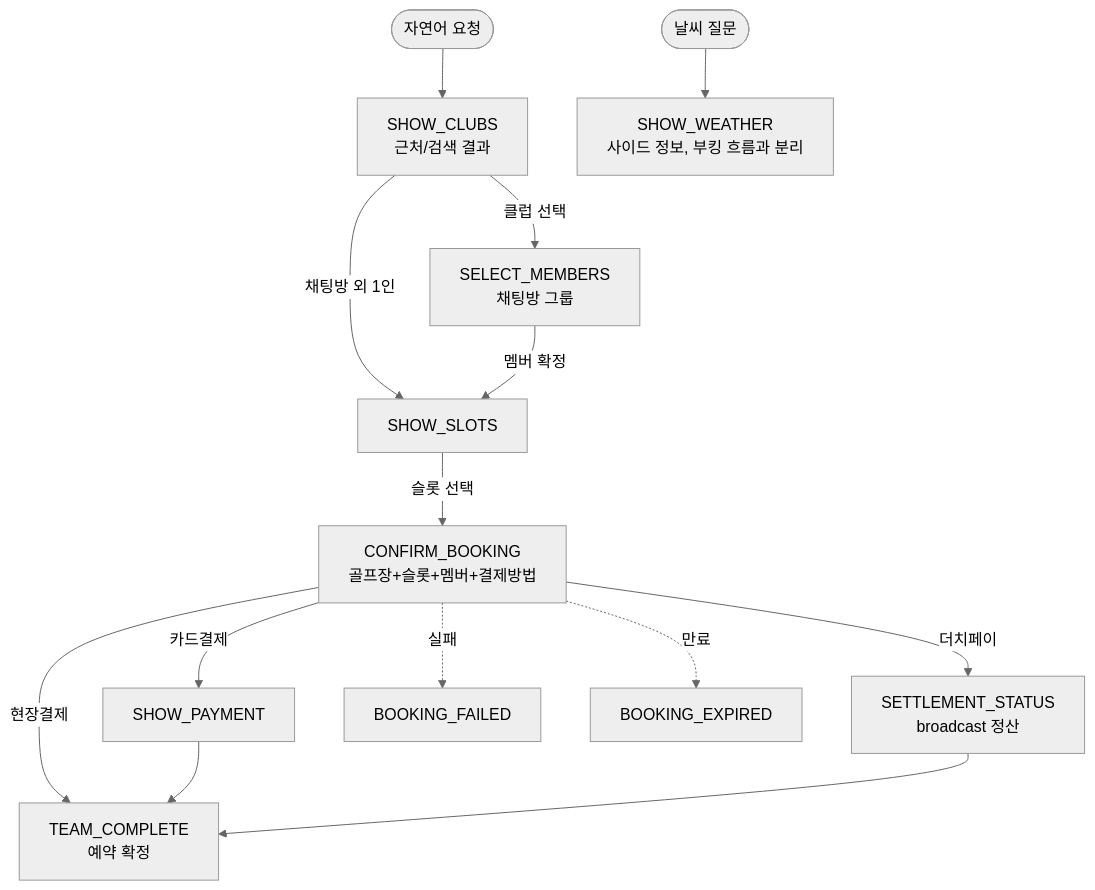
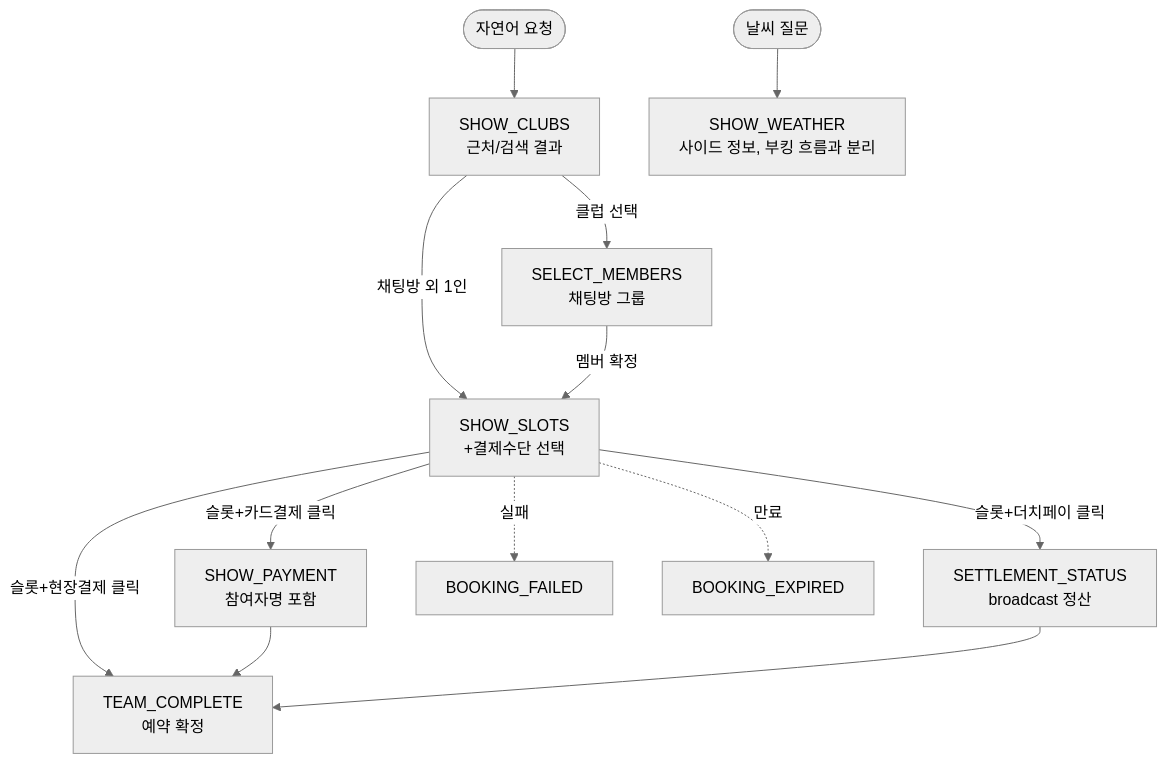
One commit to uniyous/parkgolf-platform changed the diagram in docs/workflow/AGENT_UI.md. Above: the diagram before and after it, drawn with Mermaid (neutral theme). The commit also changed other lines of this file and 7 other files, not shown here.

````diff
--- a/docs/workflow/AGENT_UI.md
+++ b/docs/workflow/AGENT_UI.md
@@ -30,17 +30,16 @@
 ```mermaid
 flowchart TD
     Start([자연어 요청]) --> ShowClubs[SHOW_CLUBS<br/>근처/검색 결과]
     ShowClubs -->|클럽 선택| SelectMembers[SELECT_MEMBERS<br/>채팅방 그룹]
-    ShowClubs -->|채팅방 외 1인| ShowSlots[SHOW_SLOTS]
+    ShowClubs -->|채팅방 외 1인| ShowSlots[SHOW_SLOTS<br/>+결제수단 선택]
     SelectMembers -->|멤버 확정| ShowSlots
-    ShowSlots -->|슬롯 선택| Confirm[CONFIRM_BOOKING<br/>골프장+슬롯+멤버+결제방법]
-    Confirm -->|현장결제| TeamComplete[TEAM_COMPLETE<br/>예약 확정]
-    Confirm -->|카드결제| ShowPayment[SHOW_PAYMENT]
-    Confirm -->|더치페이| SettleStatus[SETTLEMENT_STATUS<br/>broadcast 정산]
+    ShowSlots -->|"슬롯+현장결제 클릭"| TeamComplete[TEAM_COMPLETE<br/>예약 확정]
+    ShowSlots -->|"슬롯+카드결제 클릭"| ShowPayment[SHOW_PAYMENT<br/>참여자명 포함]
+    ShowSlots -->|"슬롯+더치페이 클릭"| SettleStatus[SETTLEMENT_STATUS<br/>broadcast 정산]
     ShowPayment --> TeamComplete
     SettleStatus --> TeamComplete
-    Confirm -.실패.-> BookingFailed[BOOKING_FAILED]
-    Confirm -.만료.-> BookingExpired[BOOKING_EXPIRED]
+    ShowSlots -.실패.-> BookingFailed[BOOKING_FAILED]
+    ShowSlots -.만료.-> BookingExpired[BOOKING_EXPIRED]
 
     Weather([날씨 질문]) --> ShowWeather[SHOW_WEATHER<br/>사이드 정보, 부킹 흐름과 분리]
 ```
````
